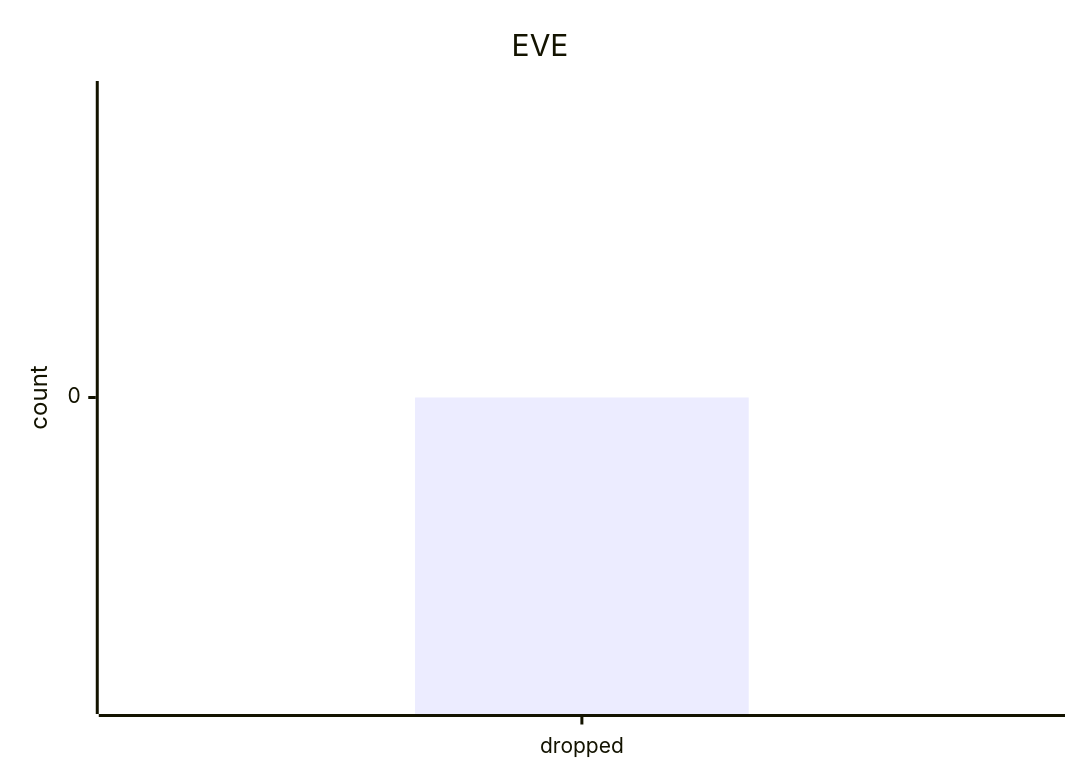
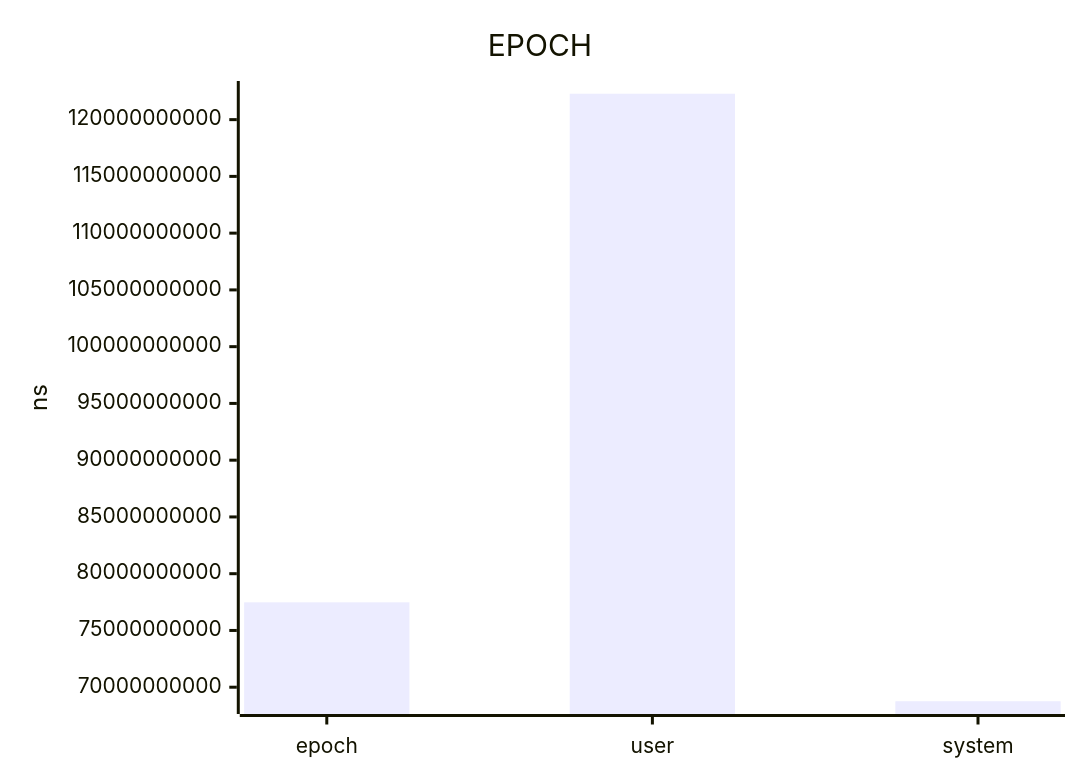
One commit to jrengmusic/eve changed the diagram in benchmark/live-report.md. Above: the diagram before and after it, drawn with Mermaid. The commit also changed other lines of this file and 6 other files, not shown here.

````diff
--- a/benchmark/live-report.md
+++ b/benchmark/live-report.md
@@ -1590,7 +17,7 @@
 ```mermaid
 xychart-beta
-title "EVE"
-x-axis ["dropped"]
-y-axis "count"
-bar [0.00000000000000000]
+title "EPOCH"
+x-axis ["epoch", "user", "system"]
+y-axis "ns"
+bar [77478866333.33332824707031250, 122279897000.00000000000000000, 68763345000.00000000000000000]
 ```
````
